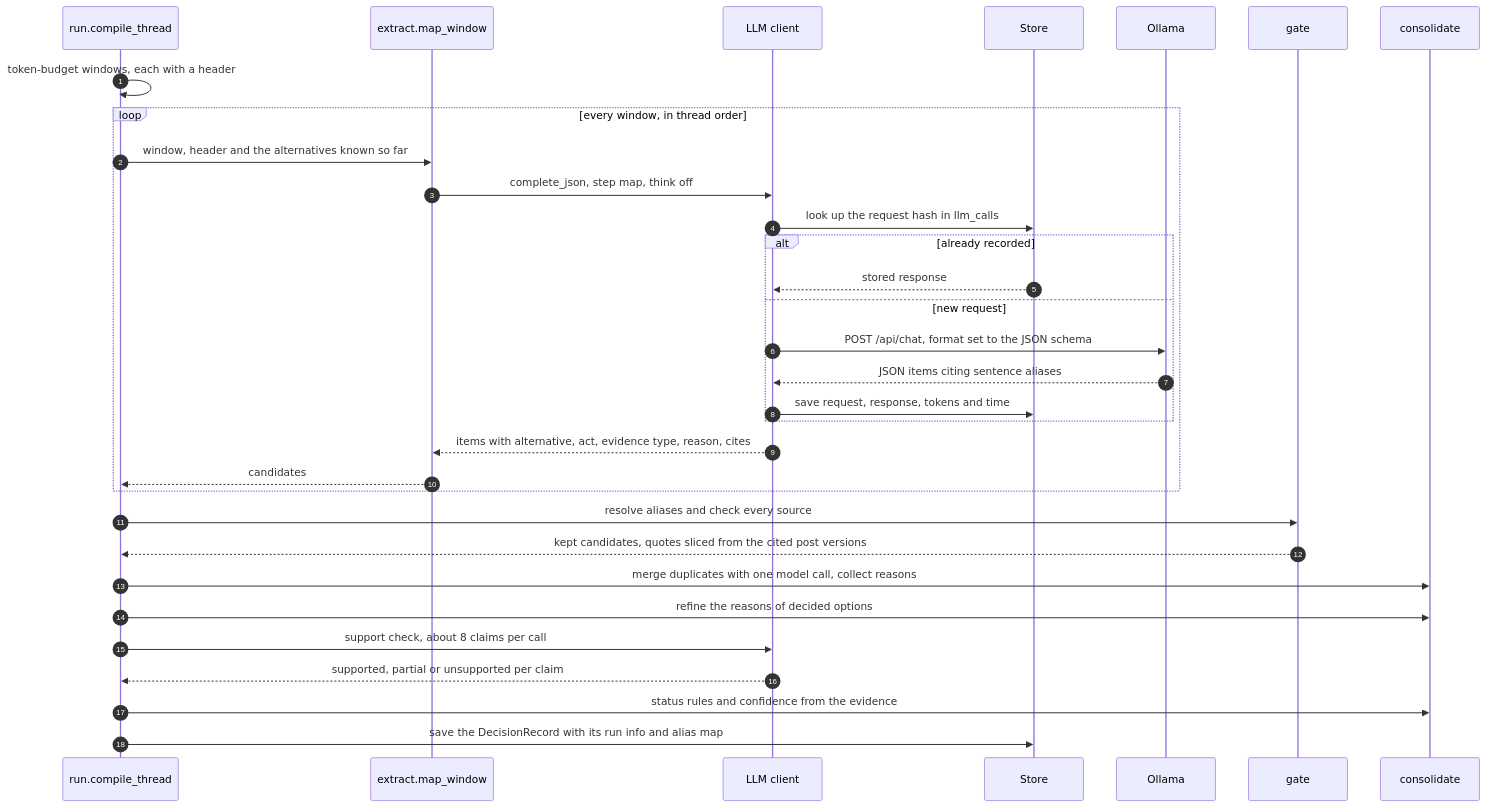
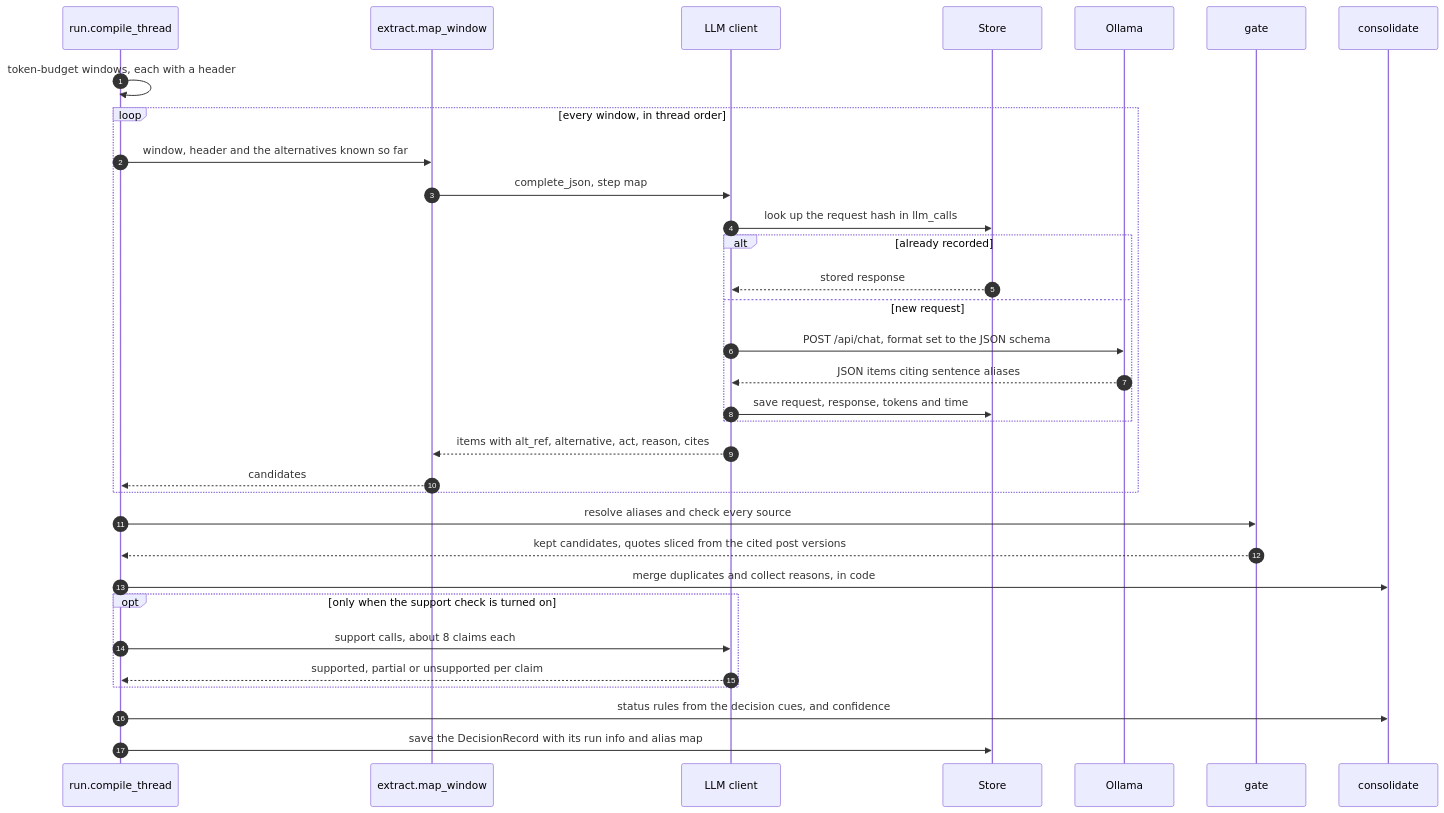
The third of 8 diagrams in docs/ARCHITECTURE.md (Madhav-GPT/DecRack), drawn with Mermaid before and after one commit. The commit also changed other lines of this file and 6 other files, not shown here.

````diff
--- a/docs/ARCHITECTURE.md
+++ b/docs/ARCHITECTURE.md
@@ -229,34 +230,35 @@
 ```mermaid
 sequenceDiagram
     autonumber
     participant R as run.compile_thread
     participant X as extract.map_window
     participant L as LLM client
     participant S as Store
     participant O as Ollama
     participant G as gate
     participant C as consolidate
     R->>R: token-budget windows, each with a header
     loop every window, in thread order
         R->>X: window, header and the alternatives known so far
-        X->>L: complete_json, step map, think off
+        X->>L: complete_json, step map
         L->>S: look up the request hash in llm_calls
         alt already recorded
             S-->>L: stored response
         else new request
             L->>O: POST /api/chat, format set to the JSON schema
             O-->>L: JSON items citing sentence aliases
             L->>S: save request, response, tokens and time
         end
-        L-->>X: items with alternative, act, evidence type, reason, cites
+        L-->>X: items with alt_ref, alternative, act, reason, cites
         X-->>R: candidates
     end
     R->>G: resolve aliases and check every source
     G-->>R: kept candidates, quotes sliced from the cited post versions
-    R->>C: merge duplicates with one model call, collect reasons
-    R->>C: refine the reasons of decided options
-    R->>L: support check, about 8 claims per call
-    L-->>R: supported, partial or unsupported per claim
-    R->>C: status rules and confidence from the evidence
+    R->>C: merge duplicates and collect reasons, in code
+    opt only when the support check is turned on
+        R->>L: support calls, about 8 claims each
+        L-->>R: supported, partial or unsupported per claim
+    end
+    R->>C: status rules from the decision cues, and confidence
     R->>S: save the DecisionRecord with its run info and alias map
 ```
````
